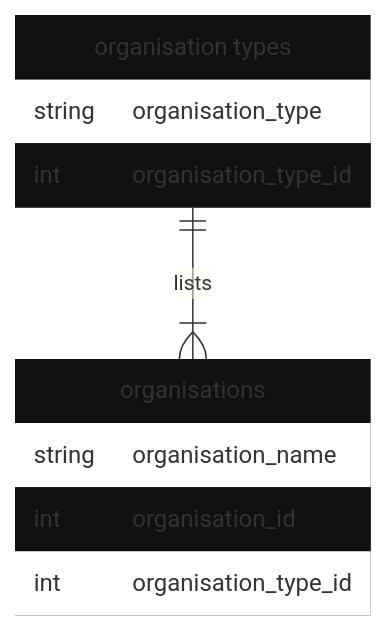
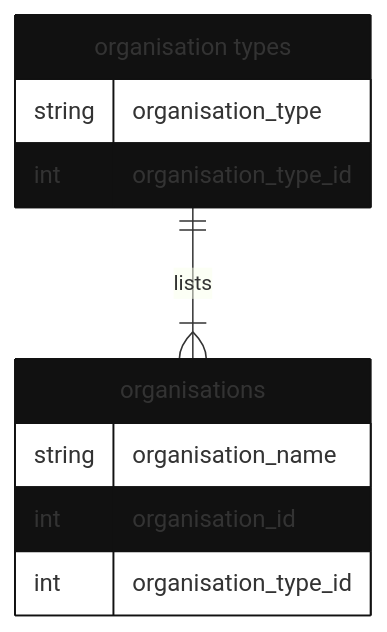
One commit to data-intelligence-00003/fetch changed the diagram in data/README.md. Above: the diagram before and after it, drawn with Mermaid.

````diff
--- a/data/README.md
+++ b/data/README.md
@@ -16,15 +16,15 @@
 ```mermaid
 erDiagram
     typ["organisation types"]{
         string organisation_type
         int organisation_type_id
     }
     org[organisations]{
         string organisation_name
         int organisation_id
         int organisation_type_id 
     }
     typ ||--|{ org : lists
 
-    classDef default fill:#111111,stroke:#111111,stroke-width:0px;
+    classDef default fill:#111111,stroke:#111111;
 ```
````
